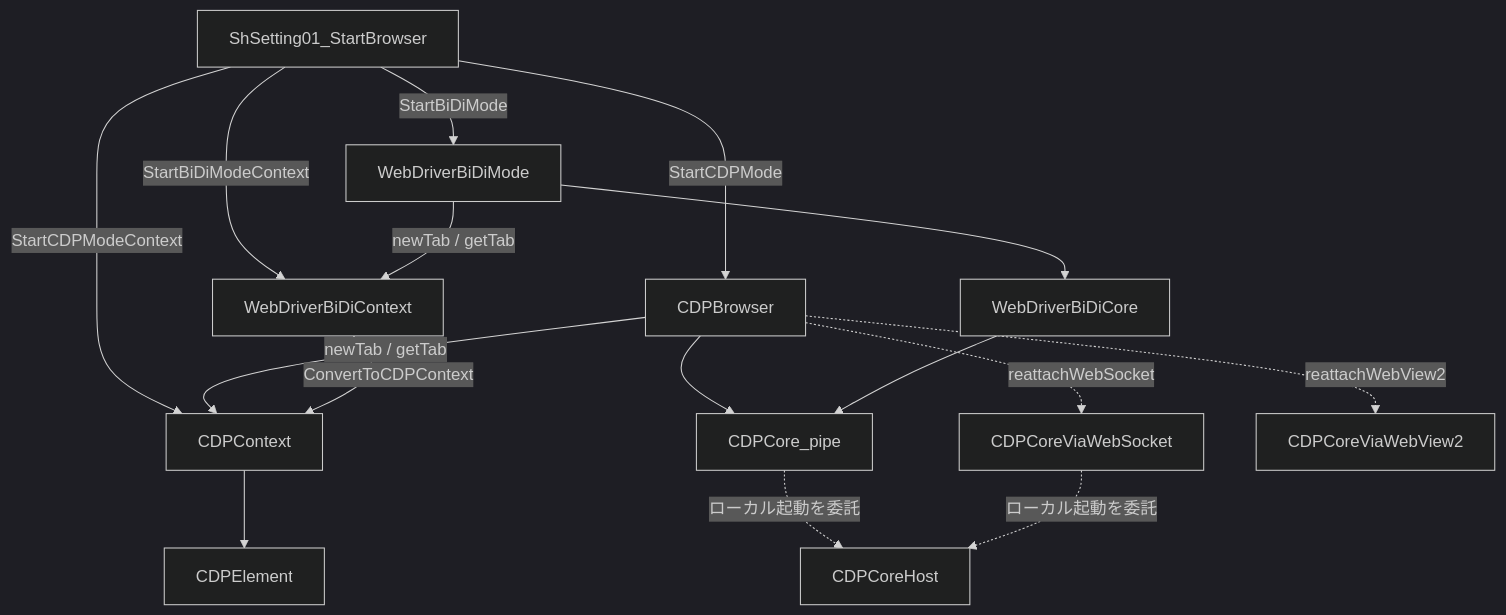
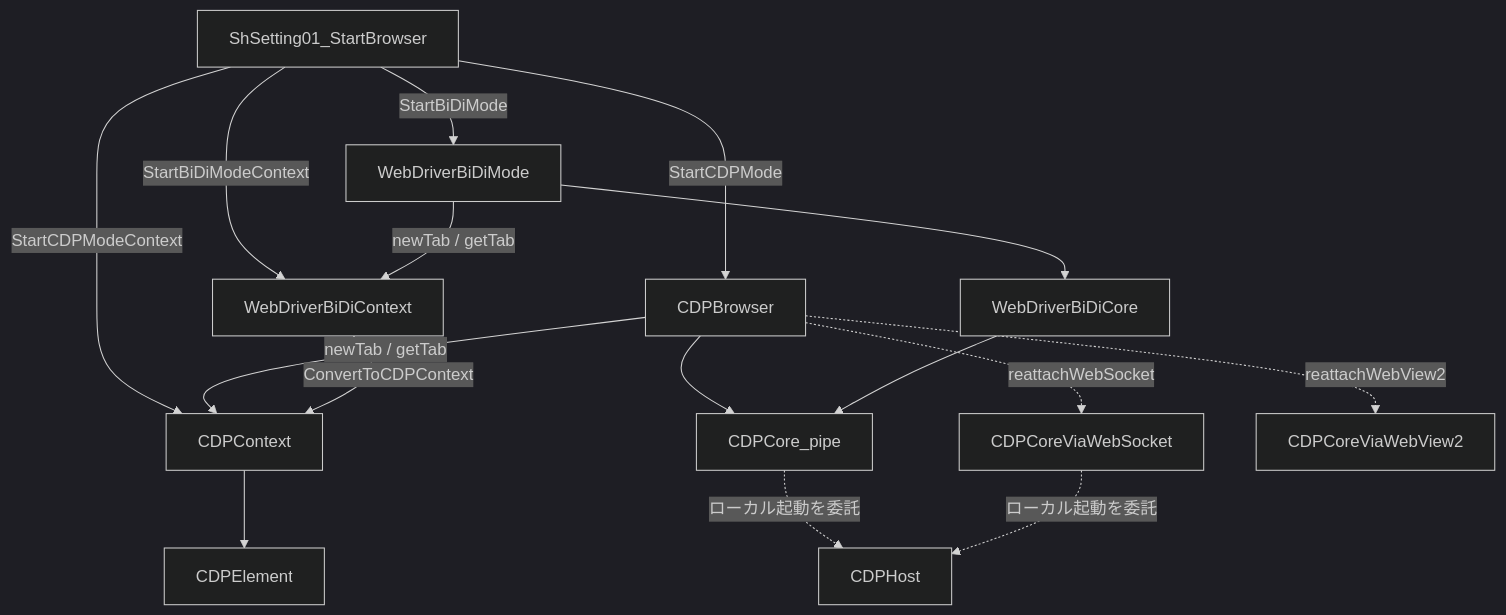
The diagram in docs/concepts/architecture.md (Eschamali/StarterWebScrapingKit), drawn with Mermaid (dark theme) before and after one commit. The commit also changed other lines of this file and 11 other files, not shown here.

````diff
--- a/docs/concepts/architecture.md
+++ b/docs/concepts/architecture.md
@@ -9,19 +9,19 @@
 ```mermaid
 flowchart TB
   setting[ShSetting01_StartBrowser]
   setting -->|StartCDPModeContext| ctxCdp[CDPContext]
   setting -->|StartCDPMode| brCdp[CDPBrowser]
   setting -->|StartBiDiModeContext| ctxBidi[WebDriverBiDiContext]
   setting -->|StartBiDiMode| modeBidi[WebDriverBiDiMode]
   brCdp -->|newTab / getTab| ctxCdp
   modeBidi -->|newTab / getTab| ctxBidi
   ctxCdp --> el[CDPElement]
   ctxBidi -->|ConvertToCDPContext| ctxCdp
   brCdp --> coreCdp[CDPCore_pipe]
   modeBidi --> coreBidi[WebDriverBiDiCore]
   coreBidi --> coreCdp
   brCdp -.->|reattachWebSocket| coreWs[CDPCoreViaWebSocket]
   brCdp -.->|reattachWebView2| coreWv2[CDPCoreViaWebView2]
-  coreCdp -.->|ローカル起動を委託| coreHost[CDPCoreHost]
+  coreCdp -.->|ローカル起動を委託| coreHost[CDPHost]
   coreWs -.->|ローカル起動を委託| coreHost
 ```
````
